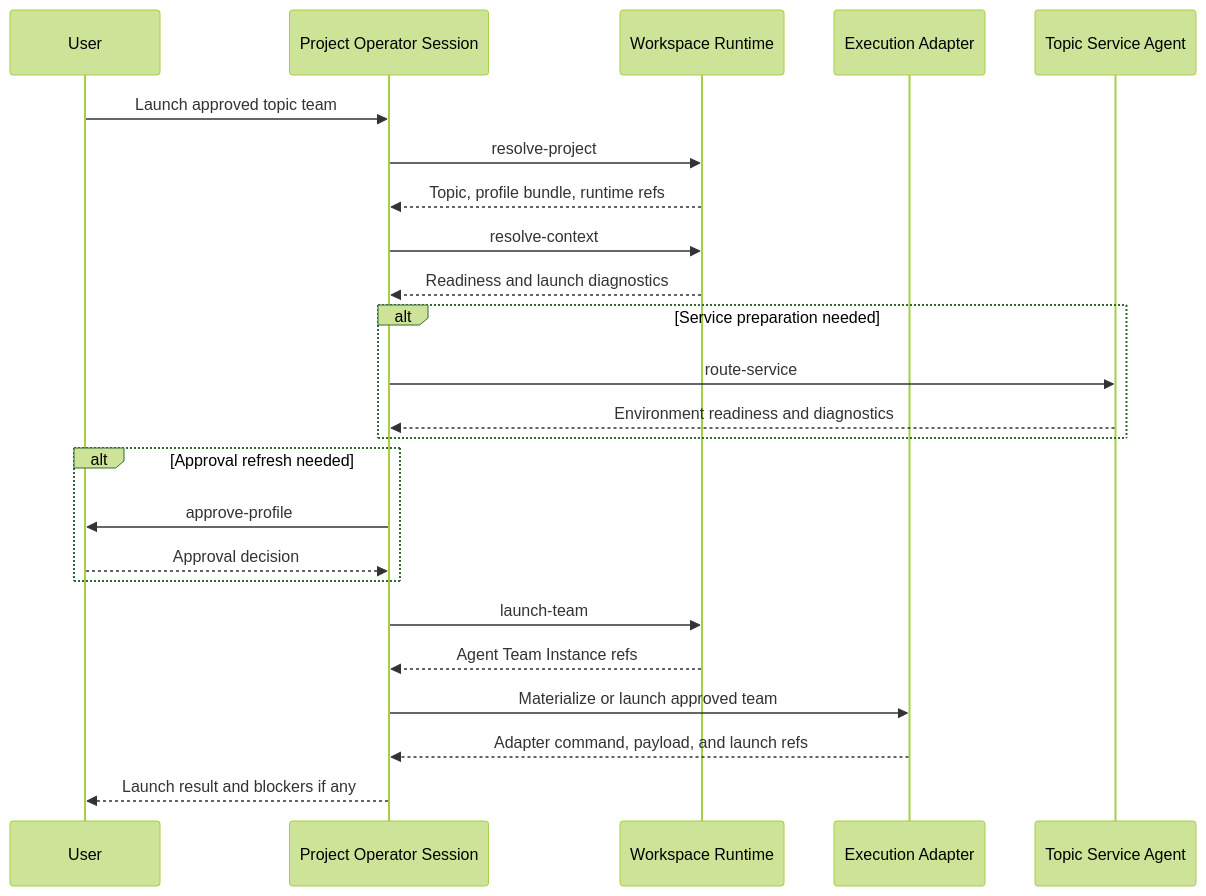
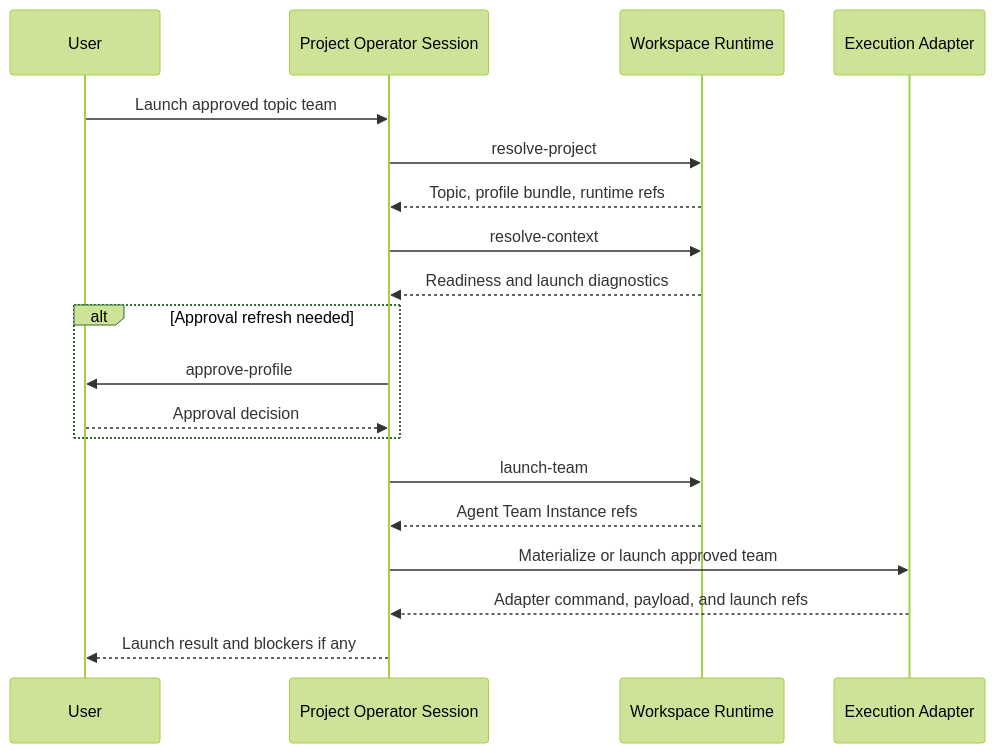
One commit to CodeGandee/isomer-labs changed the second of 2 diagrams in skillset/operator/README.md. Above: the diagram before and after it, drawn with Mermaid (forest theme). The commit also changed other lines of this file and 16 other files, not shown here.

Commit message:
refactor: remove route service subcommand

````diff
--- a/skillset/operator/README.md
+++ b/skillset/operator/README.md
@@ -52,27 +48,22 @@
 ```mermaid
 sequenceDiagram
     participant User
     participant Operator as Project Operator Session
     participant Runtime as Workspace Runtime
     participant Adapter as Execution Adapter
-    participant Service as Topic Service Agent
 
     User->>Operator: Launch approved topic team
     Operator->>Runtime: resolve-project
     Runtime-->>Operator: Topic, profile bundle, runtime refs
     Operator->>Runtime: resolve-context
     Runtime-->>Operator: Readiness and launch diagnostics
-    alt Service preparation needed
-        Operator->>Service: route-service
-        Service-->>Operator: Environment readiness and diagnostics
-    end
     alt Approval refresh needed
         Operator->>User: approve-profile
         User-->>Operator: Approval decision
     end
     Operator->>Runtime: launch-team
     Runtime-->>Operator: Agent Team Instance refs
     Operator->>Adapter: Materialize or launch approved team
     Adapter-->>Operator: Adapter command, payload, and launch refs
     Operator-->>User: Launch result and blockers if any
 ```
````
